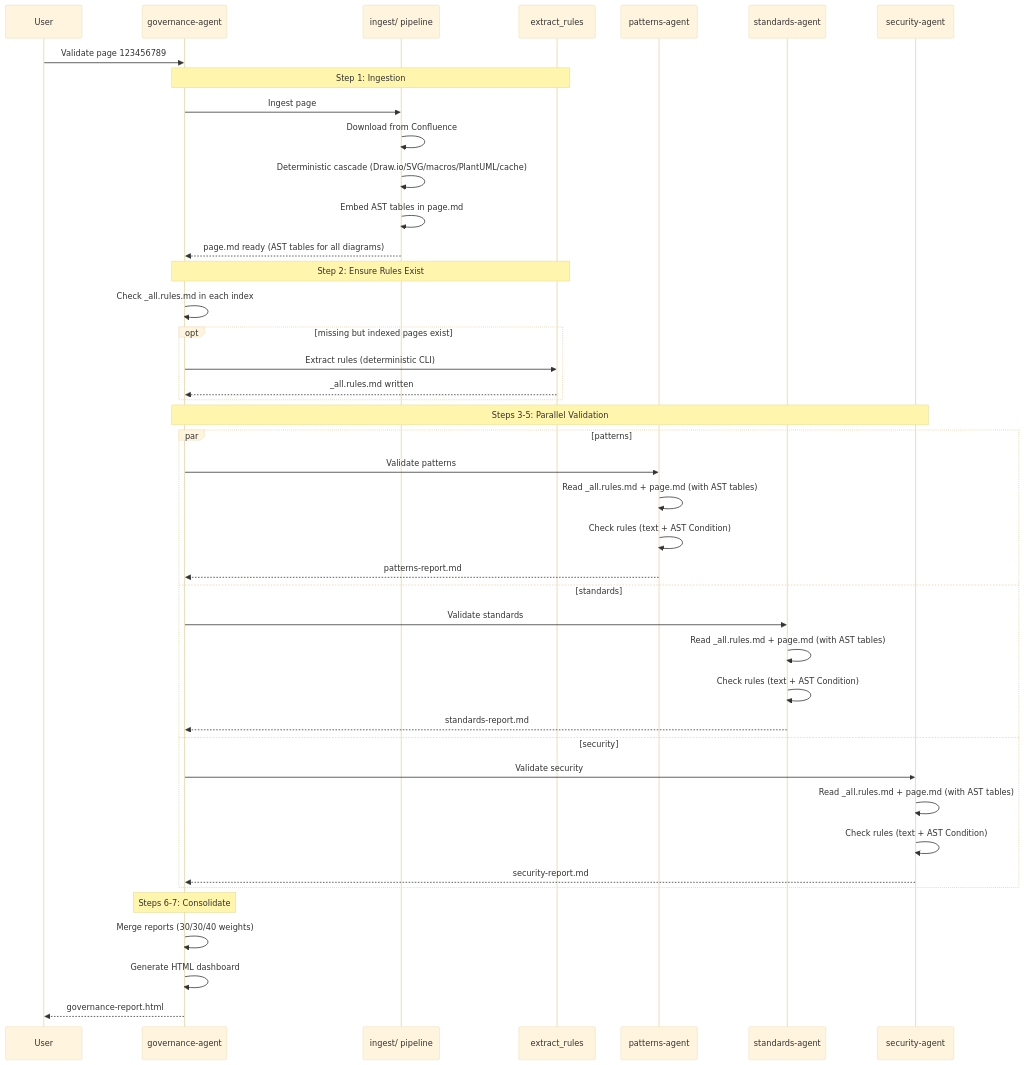
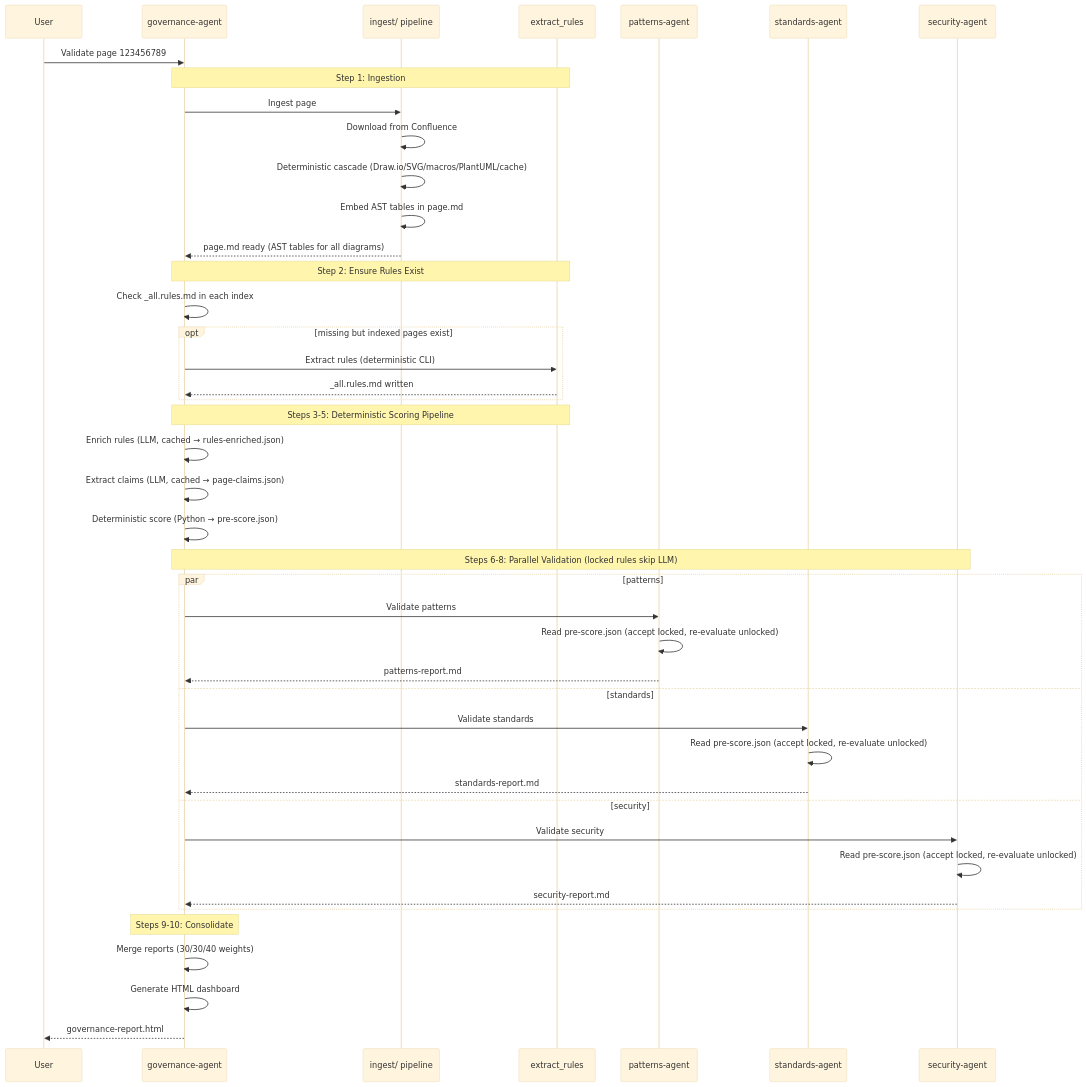
Before and after one commit to byrash/architecture-governance: the fourth of 5 diagrams in README.md, drawn with Mermaid (base theme). The commit also changed other lines of this file and 27 other files, not shown here.

````diff
--- a/README.md
+++ b/README.md
@@ -314,49 +365,51 @@
 ```mermaid
 sequenceDiagram
     participant User
     participant GA as governance-agent
     participant IA as ingest/ pipeline
     participant RE as extract_rules
     participant PA as patterns-agent
     participant SA as standards-agent
     participant SEA as security-agent
 
     User->>GA: Validate page 123456789
     
     Note over GA,RE: Step 1: Ingestion
     GA->>IA: Ingest page
     IA->>IA: Download from Confluence
     IA->>IA: Deterministic cascade (Draw.io/SVG/macros/PlantUML/cache)
     IA->>IA: Embed AST tables in page.md
     IA-->>GA: page.md ready (AST tables for all diagrams)
 
     Note over GA,RE: Step 2: Ensure Rules Exist
     GA->>GA: Check _all.rules.md in each index
     opt missing but indexed pages exist
         GA->>RE: Extract rules (deterministic CLI)
         RE-->>GA: _all.rules.md written
     end
 
-    Note over GA,SEA: Steps 3-5: Parallel Validation
+    Note over GA,RE: Steps 3-5: Deterministic Scoring Pipeline
+    GA->>GA: Enrich rules (LLM, cached → rules-enriched.json)
+    GA->>GA: Extract claims (LLM, cached → page-claims.json)
+    GA->>GA: Deterministic score (Python → pre-score.json)
+
+    Note over GA,SEA: Steps 6-8: Parallel Validation (locked rules skip LLM)
     par patterns
         GA->>PA: Validate patterns
-        PA->>PA: Read _all.rules.md + page.md (with AST tables)
-        PA->>PA: Check rules (text + AST Condition)
+        PA->>PA: Read pre-score.json (accept locked, re-evaluate unlocked)
         PA-->>GA: patterns-report.md
     and standards
         GA->>SA: Validate standards
-        SA->>SA: Read _all.rules.md + page.md (with AST tables)
-        SA->>SA: Check rules (text + AST Condition)
+        SA->>SA: Read pre-score.json (accept locked, re-evaluate unlocked)
         SA-->>GA: standards-report.md
     and security
         GA->>SEA: Validate security
-        SEA->>SEA: Read _all.rules.md + page.md (with AST tables)
-        SEA->>SEA: Check rules (text + AST Condition)
+        SEA->>SEA: Read pre-score.json (accept locked, re-evaluate unlocked)
         SEA-->>GA: security-report.md
     end
 
-    Note over GA: Steps 6-7: Consolidate
+    Note over GA: Steps 9-10: Consolidate
     GA->>GA: Merge reports (30/30/40 weights)
     GA->>GA: Generate HTML dashboard
     GA-->>User: governance-report.html
 ```
````
